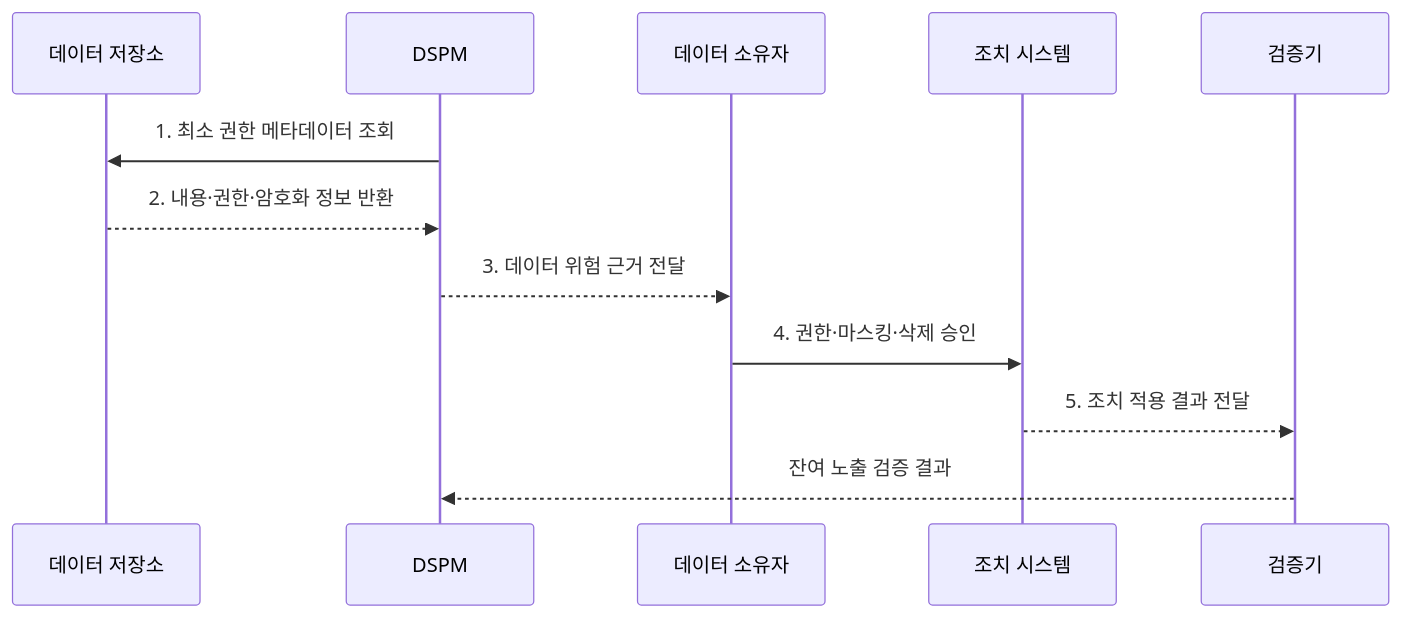
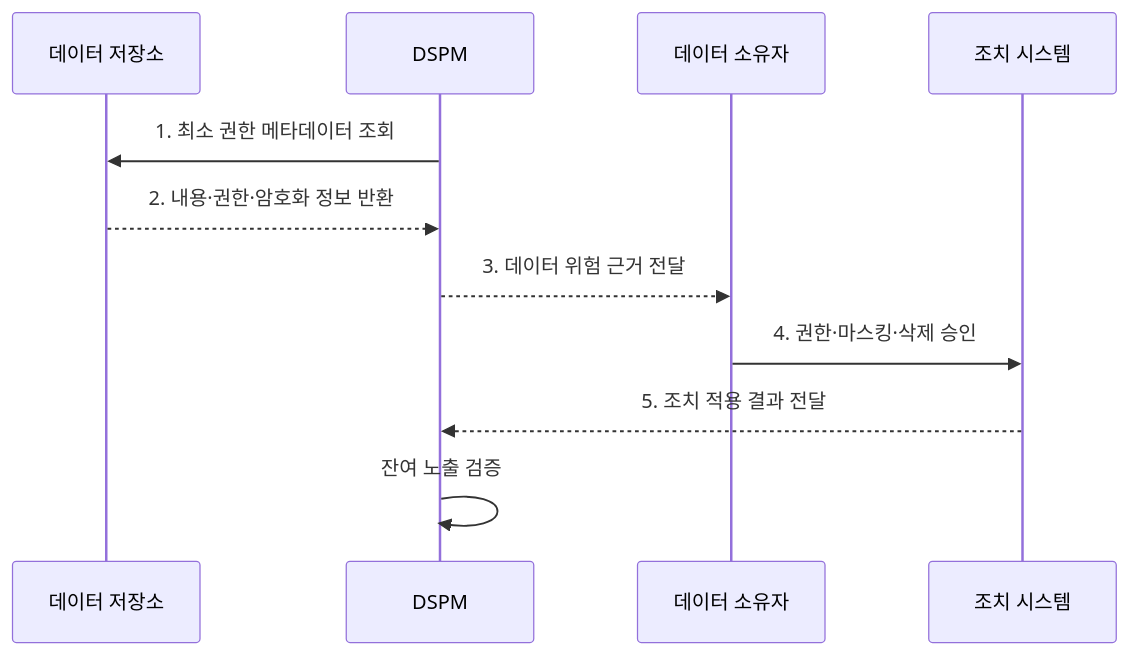
One commit to agnusdei1207/knowledge-base changed the second of 2 diagrams in src/content/docs/notes/05-security/074_dspm.md. Above: the diagram before and after it, drawn with Mermaid. The commit also changed 5 other files, not shown here.

Commit message:
Trim cloud and AI sequence actors

````diff
--- a/src/content/docs/notes/05-security/074_dspm.md
+++ b/src/content/docs/notes/05-security/074_dspm.md
@@ -96,14 +96,13 @@
 ```mermaid
 sequenceDiagram
     participant S as 데이터 저장소
     participant D as DSPM
     participant O as 데이터 소유자
     participant C as 조치 시스템
-    participant 검증기
     D->>S: 1. 최소 권한 메타데이터 조회
     S-->>D: 2. 내용·권한·암호화 정보 반환
     D-->>O: 3. 데이터 위험 근거 전달
     O->>C: 4. 권한·마스킹·삭제 승인
-    C-->>검증기: 5. 조치 적용 결과 전달
-    검증기-->>D: 잔여 노출 검증 결과
+    C-->>D: 5. 조치 적용 결과 전달
+    D->>D: 잔여 노출 검증
 ```
````
